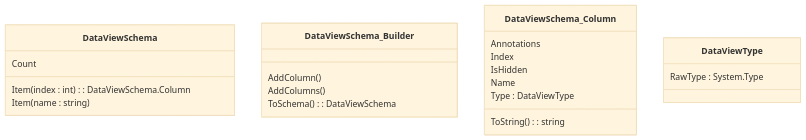
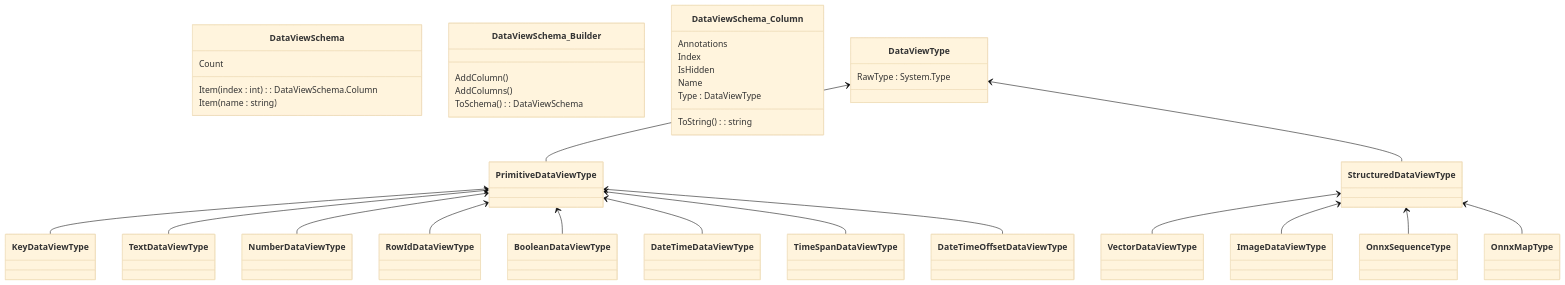
The diagram in class_schema.mmd (rgesteve/mlnetarchdiagrams), drawn with Mermaid (base theme) before and after one commit.

Commit message:
Starting the Dataviewtype hierarchy

```diff
--- a/class_schema.mmd
+++ b/class_schema.mmd
@@ -1,22 +1,50 @@
 classDiagram 
     class DataViewSchema {
       Count
       Item (index : int ) : DataViewSchema.Column
       Item (name : string)
     }
     class DataViewSchema_Builder {
       AddColumn()
       AddColumns()
       ToSchema() : DataViewSchema
     }
     class DataViewSchema_Column {
       Annotations
       Index
       IsHidden
       Name
       Type : DataViewType
       ToString() : string
     }
     class DataViewType {
       RawType : System.Type
     }
+    class PrimitiveDataViewType 
+    class KeyDataViewType
+    class StructuredDataViewType
+    class VectorDataViewType
+    class TextDataViewType
+    class NumberDataViewType
+    class RowIdDataViewType
+    class BooleanDataViewType
+    class DateTimeDataViewType
+    class DateTimeOffsetDataViewType
+    class TimeSpanDataViewType
+    class ImageDataViewType
+    class OnnxSequenceType
+    class OnnxMapType
+    DataViewType <-- PrimitiveDataViewType
+    PrimitiveDataViewType <-- KeyDataViewType
+    PrimitiveDataViewType <-- TextDataViewType
+    PrimitiveDataViewType <-- NumberDataViewType
+    PrimitiveDataViewType <-- RowIdDataViewType
+    PrimitiveDataViewType <-- BooleanDataViewType
+    PrimitiveDataViewType <-- DateTimeDataViewType
+    PrimitiveDataViewType <-- TimeSpanDataViewType
+    PrimitiveDataViewType <-- DateTimeOffsetDataViewType
+    DataViewType <-- StructuredDataViewType
+    StructuredDataViewType <-- VectorDataViewType
+    StructuredDataViewType <-- ImageDataViewType
+    StructuredDataViewType <-- OnnxSequenceType
+    StructuredDataViewType <-- OnnxMapType
```
